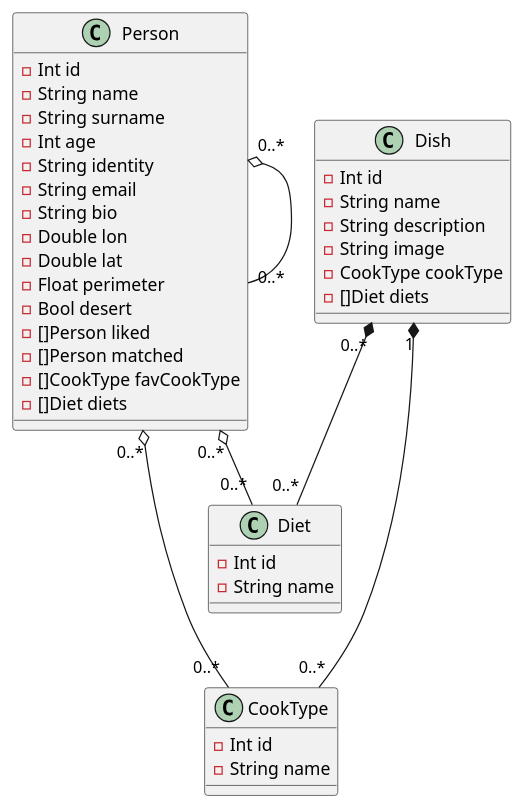
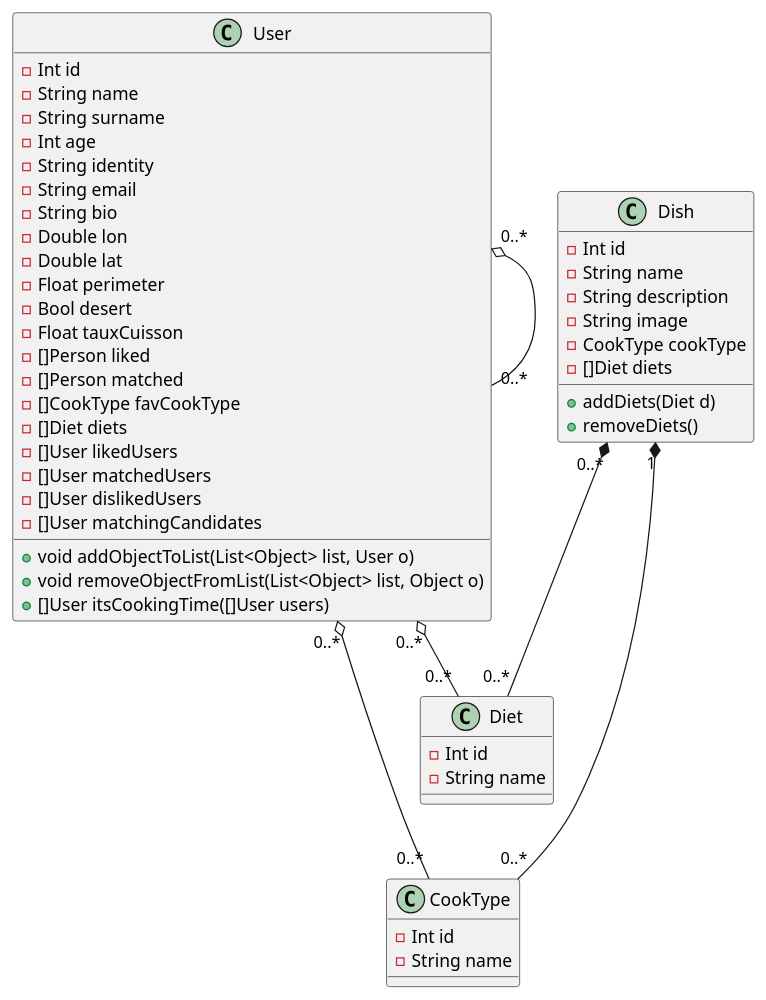
The diagram in class/general.puml (UPPA-s-University-Projects/M1_SIGLIS-MeetBallsUML), drawn with PlantUML before and after one commit. The commit also changed 6 other files, not shown here.

Commit message:
update class diagram

```diff
--- a/class/general.puml
+++ b/class/general.puml
@@ -1,47 +1,59 @@
 @startuml 
-    Class "Person" as person{
+    Class "User" as person{
    
         - Int id
         - String name
         - String surname
         - Int age
         - String identity
         - String email
         - String bio
         - Double lon
         - Double lat
         - Float perimeter
         - Bool desert
+        - Float tauxCuisson 
         - []Person liked
         - []Person matched
         - []CookType favCookType
         - []Diet diets
+        - []User likedUsers
+        - []User matchedUsers
+        - []User dislikedUsers
+        - []User matchingCandidates
+
+        + void addObjectToList(List<Object> list, User o)
+        + void removeObjectFromList(List<Object> list, Object o)
+        + []User itsCookingTime([]User users)
 
     }
 
     Class "CookType" as cookType{
         - Int id
         - String name
     }
 
     Class "Diet" as diet{
         - Int id
         - String name
     }
 
     Class "Dish" as dish{
         - Int id
         - String name
         - String description
         - String image
         - CookType cookType
         - []Diet diets
+
+        + addDiets(Diet d)
+        + removeDiets()
     }
 
     person "0..*" o-- "0..*" cookType
     person "0..*" o-- "0..*" diet
 
     dish "1" *--- "0..*" cookType
     dish "0..*" *-- "0..*" diet
     person "0..*" o- "0..*" person
 @enduml
```
